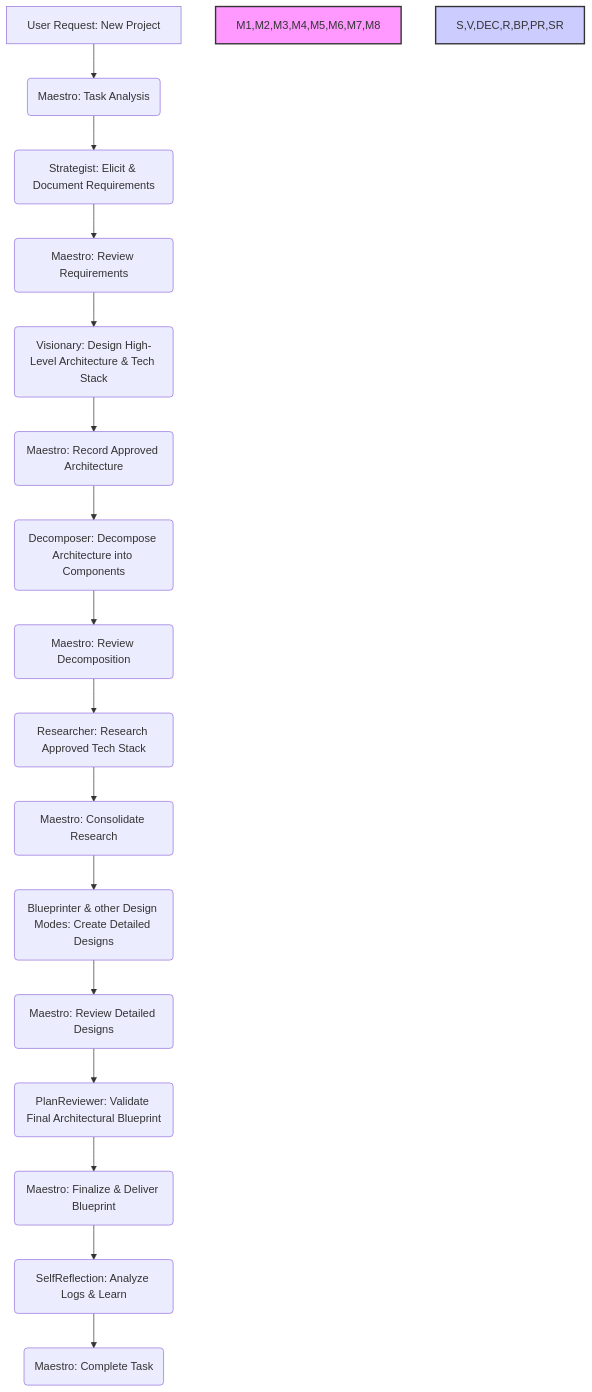
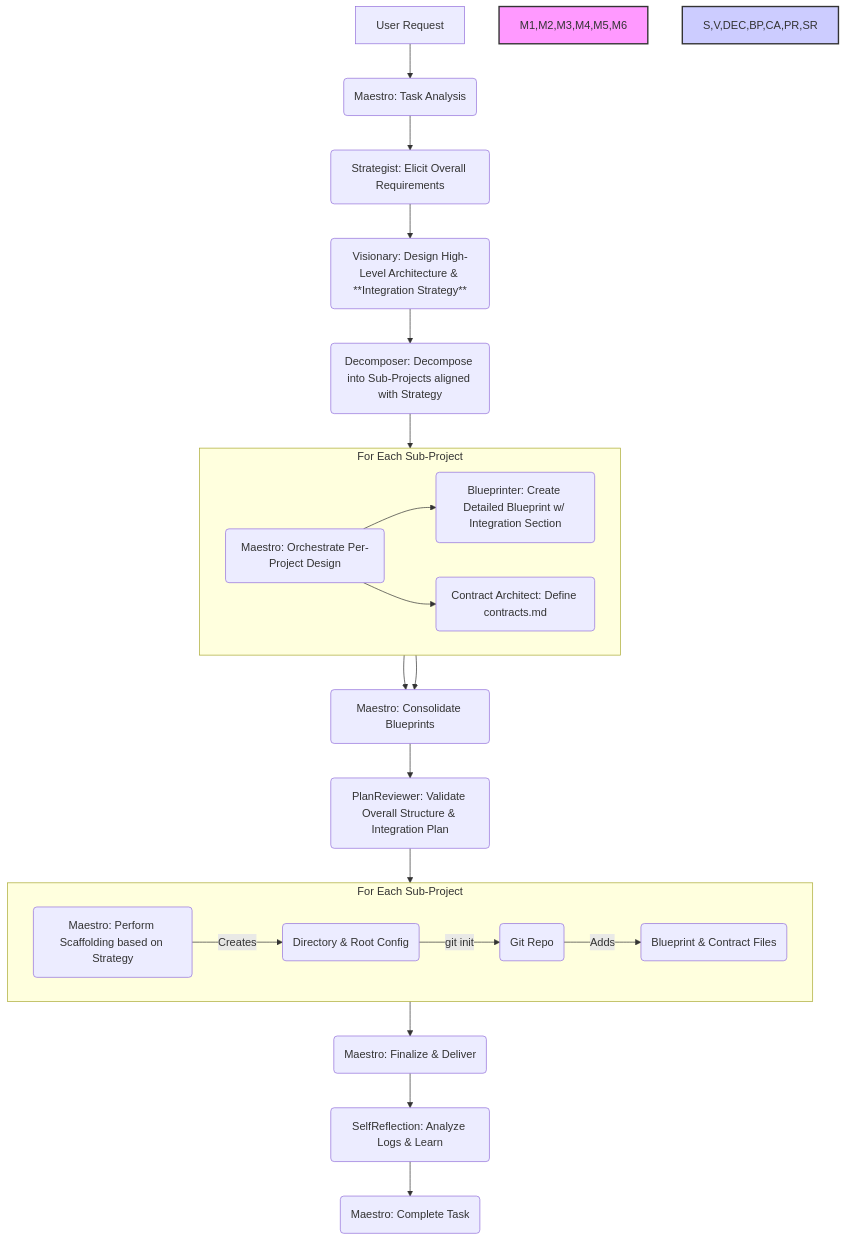
One commit to jigza/maestro changed the diagram in .roo/rules-maestro/001. Task Analysis and Decomposition Protocol.md. Above: the diagram before and after it, drawn with Mermaid. The commit also changed other lines of this file and 2 other files, not shown here.

Commit message:
enhance Task Analysis and Decomposition Protocol by refining workflow steps and integrating sub-project management; add Scaffolding Protocol to define directory structure and artifact preparation

````diff
--- a/.roo/rules-maestro/001. Task Analysis and Decomposition Protocol.md
+++ b/.roo/rules-maestro/001. Task Analysis and Decomposition Protocol.md
@@ -10,21 +10,33 @@
 ```mermaid
 graph TD
-    A[User Request: New Project] --> M1(Maestro: Task Analysis);
-    M1 --> S(Strategist: Elicit & Document Requirements);
-    S --> M2(Maestro: Review Requirements);
-    M2 --> V(Visionary: Design High-Level Architecture & Tech Stack);
-    V --> M3(Maestro: Record Approved Architecture);
-    M3 --> DEC(Decomposer: Decompose Architecture into Components);
-    DEC --> M4(Maestro: Review Decomposition);
-    M4 --> R(Researcher: Research Approved Tech Stack);
-    R --> M5(Maestro: Consolidate Research);
-    M5 --> BP(Blueprinter & other Design Modes: Create Detailed Designs);
-    BP --> M6(Maestro: Review Detailed Designs);
-    M6 --> PR(PlanReviewer: Validate Final Architectural Blueprint);
-    PR --> M7(Maestro: Finalize & Deliver Blueprint);
-    M7 --> SR(SelfReflection: Analyze Logs & Learn);
-    SR --> M8(Maestro: Complete Task);
+    A[User Request] --> M1(Maestro: Task Analysis);
+    M1 --> S(Strategist: Elicit Overall Requirements);
+    S --> V(Visionary: Design High-Level Architecture & **Integration Strategy**);
+    V --> DEC(Decomposer: Decompose into Sub-Projects aligned with Strategy);
+    DEC --> M2(Maestro: Orchestrate Per-Project Design);
 
-    style M1,M2,M3,M4,M5,M6,M7,M8 fill:#f9f,stroke:#333,stroke-width:2px
-    style S,V,DEC,R,BP,PR,SR fill:#ccf,stroke:#333,stroke-width:2px
+    subgraph For Each Sub-Project
+        direction LR
+        M2 --> BP(Blueprinter: Create Detailed Blueprint w/ Integration Section);
+        M2 --> CA(Contract Architect: Define contracts.md);
+    end
+
+    BP --> M3(Maestro: Consolidate Blueprints);
+    CA --> M3;
+    M3 --> PR(PlanReviewer: Validate Overall Structure & Integration Plan);
+    PR --> M4(Maestro: Perform Scaffolding based on Strategy);
+    
+    subgraph For Each Sub-Project
+        direction LR
+        M4 --> |Creates| Dir(Directory & Root Config);
+        Dir --> |git init| Git(Git Repo);
+        Git --> |Adds| Files(Blueprint & Contract Files);
+    end
+    
+    Files --> M5(Maestro: Finalize & Deliver);
+    M5 --> SR(SelfReflection: Analyze Logs & Learn);
+    SR --> M6(Maestro: Complete Task);
+
+    style M1,M2,M3,M4,M5,M6 fill:#f9f,stroke:#333,stroke-width:2px
+    style S,V,DEC,BP,CA,PR,SR fill:#ccf,stroke:#333,stroke-width:2px
 ```
````
